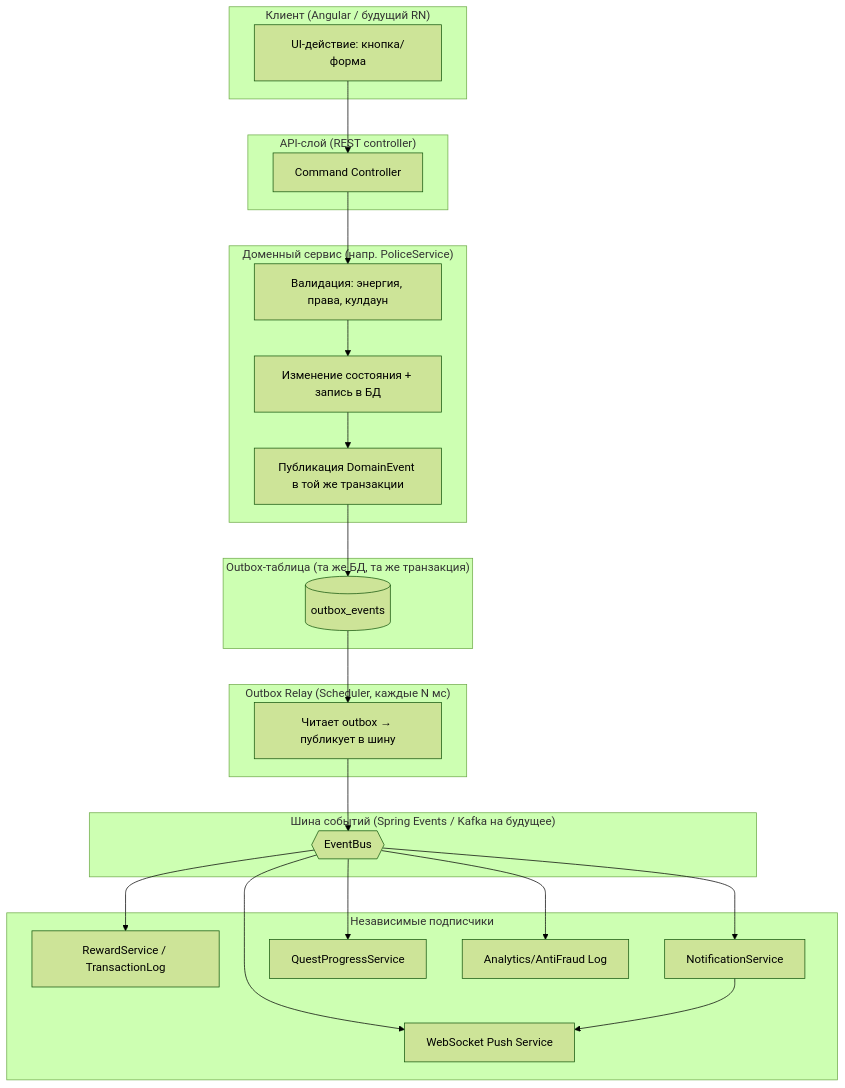
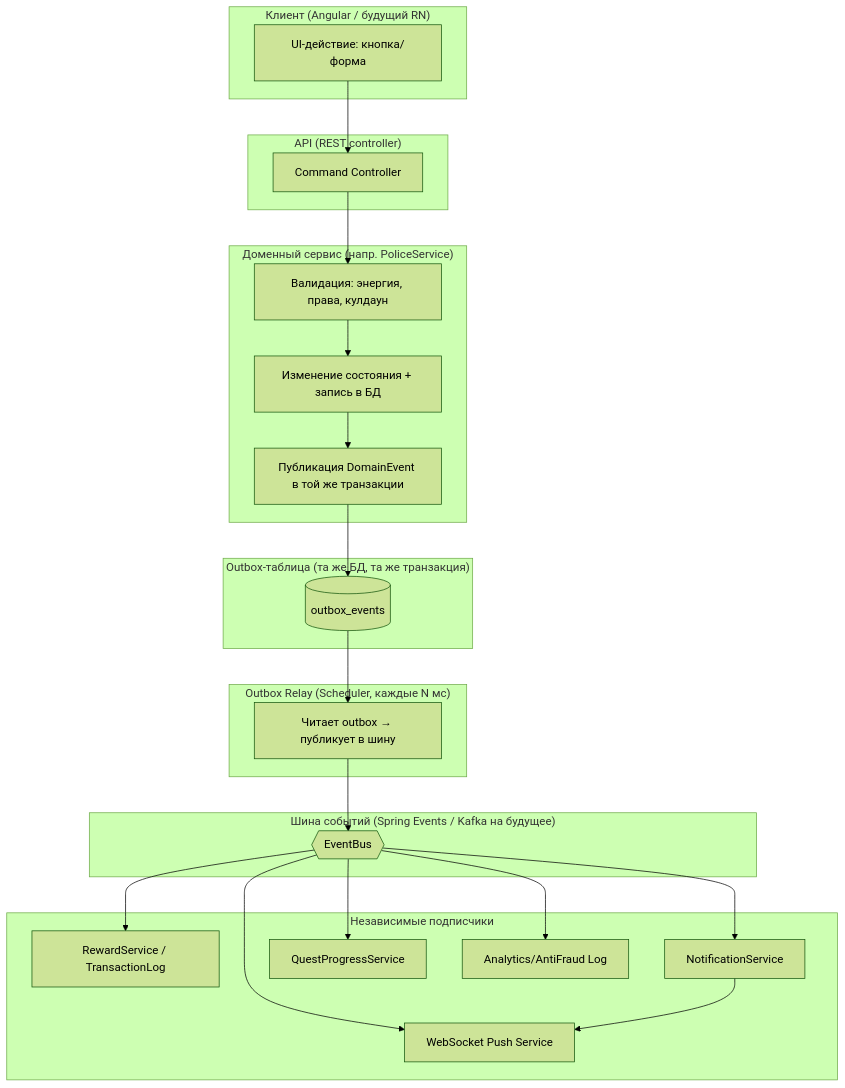
Before and after one commit to paulselikhov-cpu/platform: the first of 6 diagrams in documentation/architecture/event/babichchat-event-architecture.md, drawn with Mermaid (forest theme). The commit also changed other lines of this file and 9 other files, not shown here.

````diff
--- a/documentation/architecture/event/babichchat-event-architecture.md
+++ b/documentation/architecture/event/babichchat-event-architecture.md
@@ -31,45 +29,45 @@
 ```mermaid
 flowchart TB
     subgraph Клиент["Клиент (Angular / будущий RN)"]
         UI[UI-действие: кнопка/форма]
     end
 
-    subgraph API["API-слой (REST controller)"]
+    subgraph API["API (REST controller)"]
         CTRL[Command Controller]
     end
 
     subgraph Domain["Доменный сервис (напр. PoliceService)"]
         VALID[Валидация: энергия, права, кулдаун]
         MUT[Изменение состояния + запись в БД]
         EVT[Публикация DomainEvent в той же транзакции]
     end
 
     subgraph Outbox["Outbox-таблица (та же БД, та же транзакция)"]
         OB[(outbox_events)]
     end
 
     subgraph Relay["Outbox Relay (Scheduler, каждые N мс)"]
         PUB[Читает outbox → публикует в шину]
     end
 
     subgraph Bus["Шина событий (Spring Events / Kafka на будущее)"]
         BUS{{EventBus}}
     end
 
     subgraph Consumers["Независимые подписчики"]
         LEDGER[RewardService / TransactionLog]
         NOTIF[NotificationService]
         WS[WebSocket Push Service]
         QUEST[QuestProgressService]
         ANALYTICS[Analytics/AntiFraud Log]
     end
 
     UI --> CTRL --> VALID --> MUT --> EVT --> OB
     OB --> PUB --> BUS
     BUS --> LEDGER
     BUS --> NOTIF
     BUS --> WS
     BUS --> QUEST
     BUS --> ANALYTICS
     NOTIF --> WS
 ```
````
